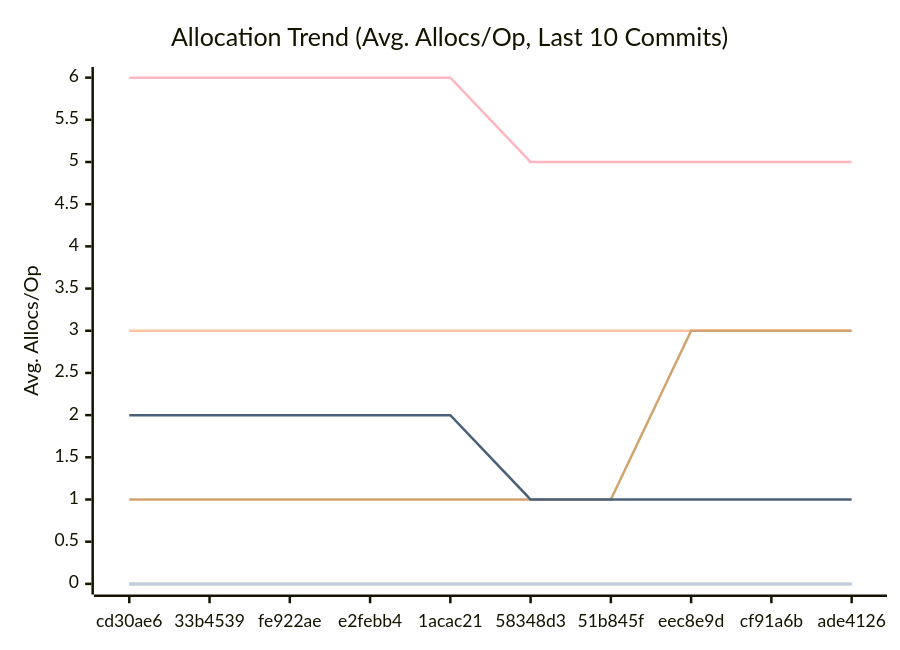
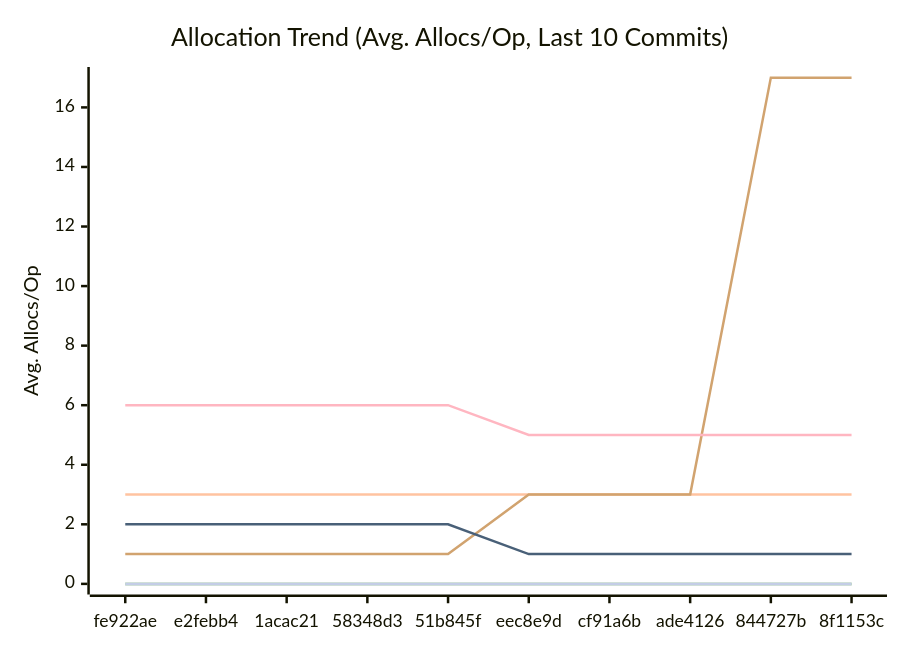
One commit to alsotoes/momo changed the third of 3 diagrams in docs/PERFORMANCE.md. Above: the diagram before and after it, drawn with Mermaid. The commit also changed other lines of this file and 3 other files, not shown here.

First line of the commit message:
fix: master CI benchstat failure — CrushOriginal noise + LoadGlobalConfig regression (#567)

````diff
--- a/docs/PERFORMANCE.md
+++ b/docs/PERFORMANCE.md
@@ -114,16 +114,16 @@
 ```mermaid
 xychart-beta
     title "Allocation Trend (Avg. Allocs/Op, Last 10 Commits)"
     x-axis "Commit"
     y-axis "Avg. Allocs/Op"
-    x-axis [cd30ae6,33b4539,fe922ae,e2febb4,1acac21,58348d3,51b845f,eec8e9d,cf91a6b,ade4126]
+    x-axis [fe922ae,e2febb4,1acac21,58348d3,51b845f,eec8e9d,cf91a6b,ade4126,844727b,8f1153c]
     line "CheckMetricsAndSwap" [0,0,0,0,0,0,0,0,0,0]
     line "CrushOptimized" [0,0,0,0,0,0,0,0,0,0]
     line "CrushOriginal" [3,3,3,3,3,3,3,3,3,3]
     line "IndexDirectTracking" [0,0,0,0,0,0,0,0,0,0]
     line "IndexSearch" [0,0,0,0,0,0,0,0,0,0]
-    line "LoadGlobalConfig" [1,1,1,1,1,1,1,3,3,3]
+    line "LoadGlobalConfig" [1,1,1,1,1,3,3,3,17,17]
     line "PadString" [0,0,0,0,0,0,0,0,0,0]
     line "ParseReplicationOrder_NoPrealloc" [6,6,6,6,6,5,5,5,5,5]
     line "ParseReplicationOrder_Prealloc" [2,2,2,2,2,1,1,1,1,1]
 ```
````
